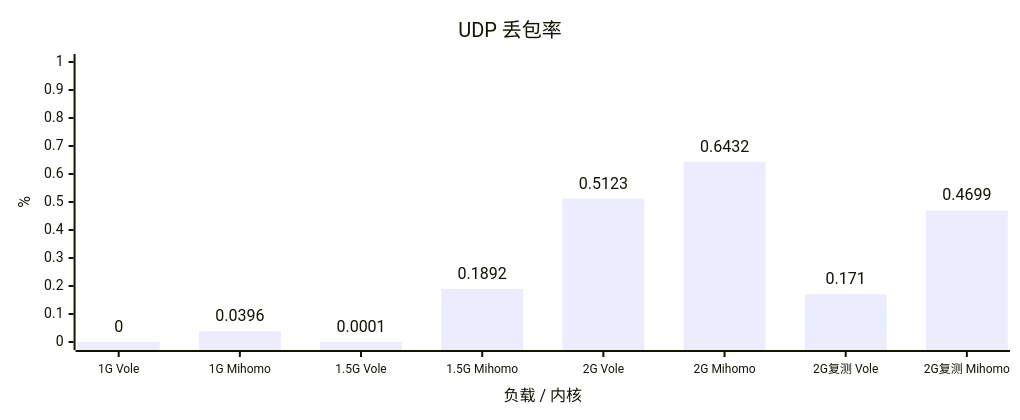
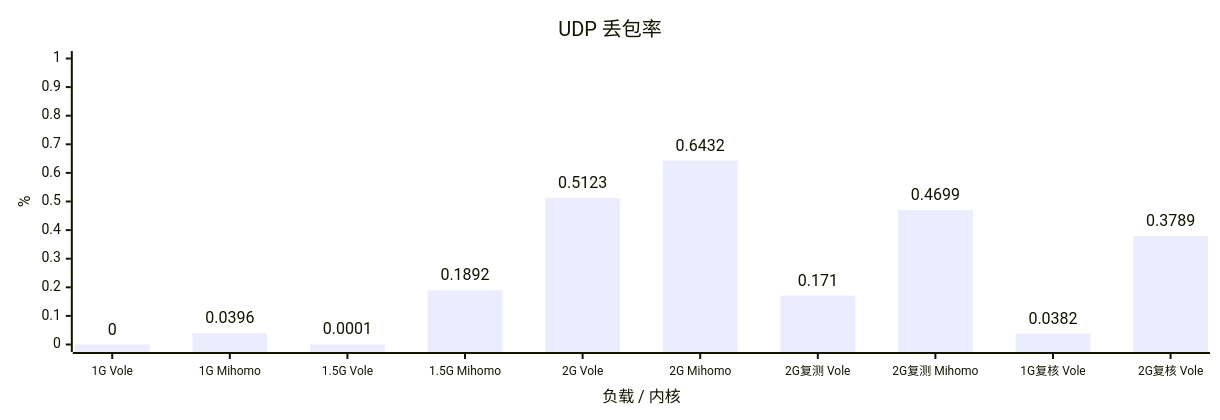
One commit to YuanDevTeam/Vole changed the fourth of 8 diagrams in docs/benchmark.md. Above: the diagram before and after it, drawn with Mermaid. The commit also changed other lines of this file and 2 other files, not shown here.

````diff
--- a/docs/benchmark.md
+++ b/docs/benchmark.md
@@ -69,17 +75,17 @@
 ```mermaid
 ---
 config:
   xyChart:
-    width: 1000
+    width: 1200
     height: 400
     showDataLabel: true
     showDataLabelOutsideBar: true
     xAxis:
       labelFontSize: 12
 ---
 xychart
     title "UDP 丢包率"
-    x-axis "负载 / 内核" ["1G Vole", "1G Mihomo", "1.5G Vole", "1.5G Mihomo", "2G Vole", "2G Mihomo", "2G复测 Vole", "2G复测 Mihomo"]
+    x-axis "负载 / 内核" ["1G Vole", "1G Mihomo", "1.5G Vole", "1.5G Mihomo", "2G Vole", "2G Mihomo", "2G复测 Vole", "2G复测 Mihomo", "1G复核 Vole", "2G复核 Vole"]
     y-axis "%" 0 --> 1
-    bar [0.0000, 0.0396, 0.0001, 0.1892, 0.5123, 0.6432, 0.1710, 0.4699]
+    bar [0.0000, 0.0396, 0.0001, 0.1892, 0.5123, 0.6432, 0.1710, 0.4699, 0.0382, 0.3789]
 ```
````
